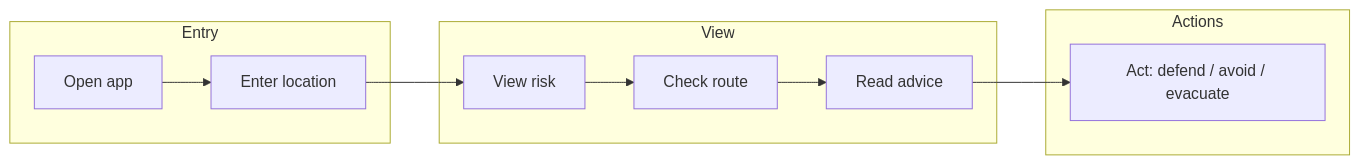
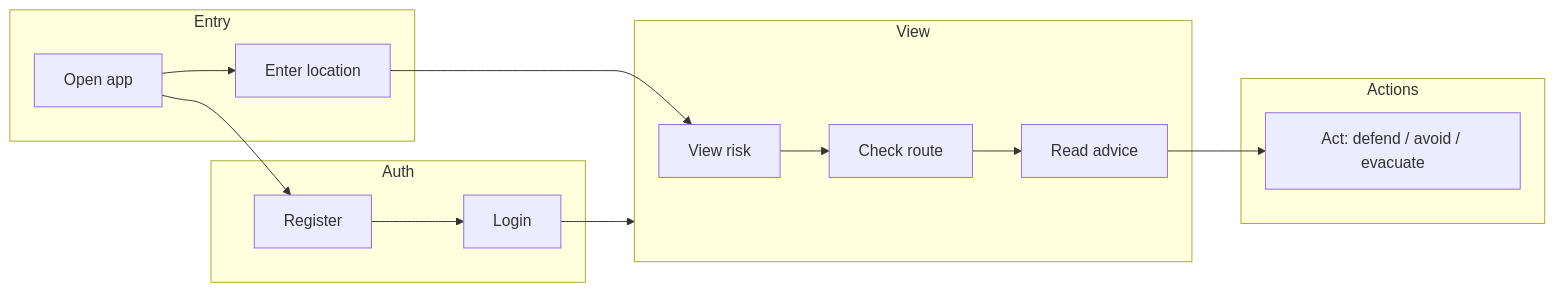
The diagram in docs/WIREFRAME_REVISED_BRIEF.md (iammikek/floodwatch), drawn with Mermaid before and after one commit. The commit also changed other lines of this file and 16 other files, not shown here.

````diff
--- a/docs/WIREFRAME_REVISED_BRIEF.md
+++ b/docs/WIREFRAME_REVISED_BRIEF.md
@@ -10,23 +10,31 @@
 ```mermaid
 flowchart LR
     subgraph Entry
         Open[Open app]
         Location[Enter location]
+    end
+
+    subgraph Auth
+        Register[Register]
+        Login[Login]
     end
 
     subgraph View
         Risk[View risk]
         Route[Check route]
         Advice[Read advice]
     end
 
     subgraph Actions
         Act[Act: defend / avoid / evacuate]
     end
 
     Open --> Location
     Location --> Risk
     Risk --> Route
     Route --> Advice
     Advice --> Act
+    Open --> Register
+    Register --> Login
+    Login --> View
 ```
````
